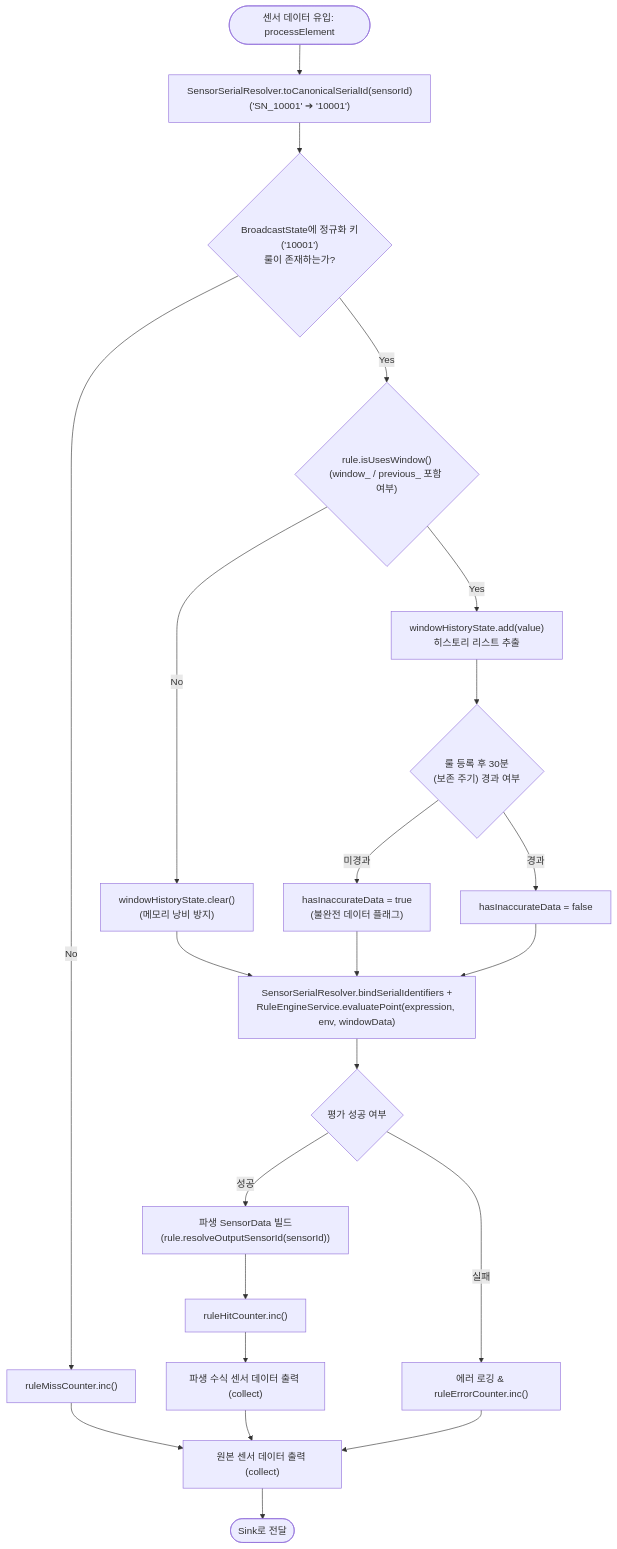
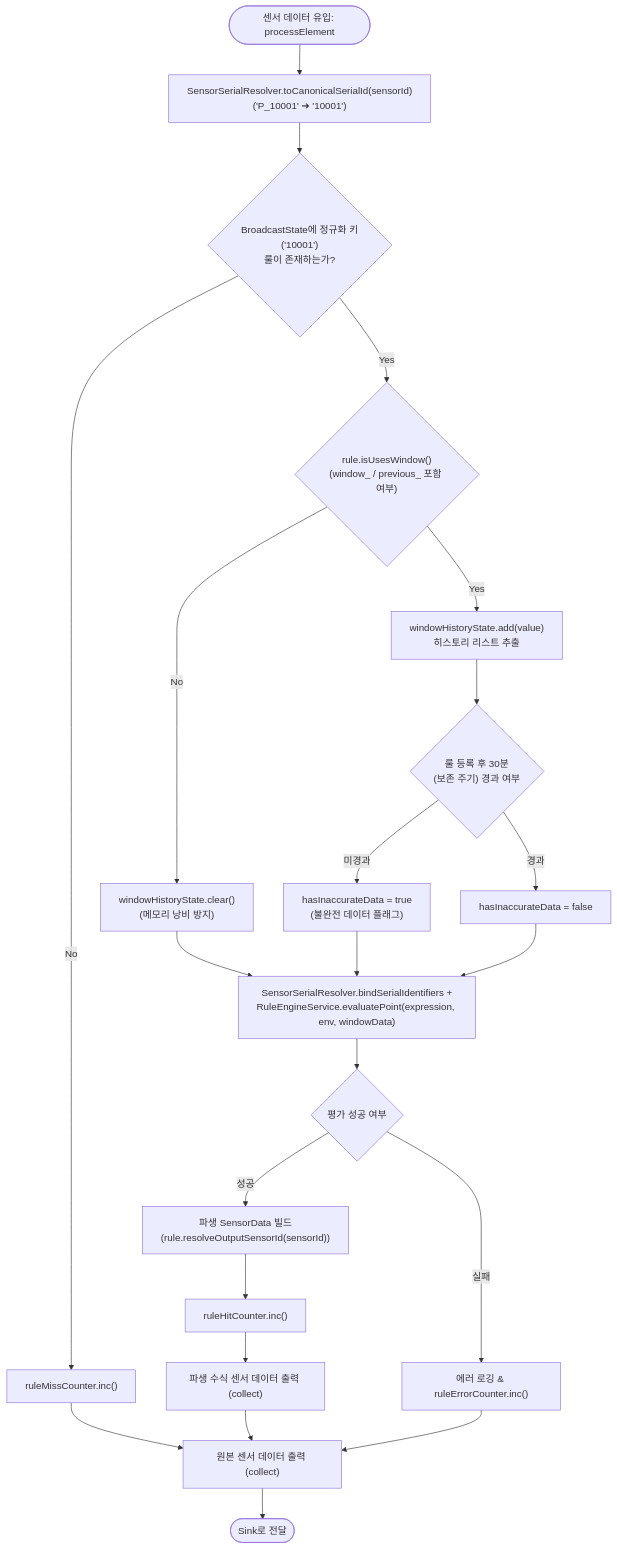
One commit to imoil/formula-evaluator-service changed the second of 2 diagrams in docs/STREAMING_EVALUATOR_GUIDE.md. Above: the diagram before and after it, drawn with Mermaid. The commit also changed other lines of this file and 27 other files, not shown here.

First line of the commit message:
refactor(formula): migrate sensor serial prefix from SN_ to P_ with backward compatibility

````diff
--- a/docs/STREAMING_EVALUATOR_GUIDE.md
+++ b/docs/STREAMING_EVALUATOR_GUIDE.md
@@ -97,32 +97,32 @@
 ```mermaid
 flowchart TD
-    Start(["센서 데이터 유입: processElement"]) --> Canonicalize["SensorSerialResolver.toCanonicalSerialId(sensorId)<br/>('SN_10001' ➔ '10001')"]
+    Start(["센서 데이터 유입: processElement"]) --> Canonicalize["SensorSerialResolver.toCanonicalSerialId(sensorId)<br/>('P_10001' ➔ '10001')"]
     Canonicalize --> CheckRule{"BroadcastState에 정규화 키('10001')<br/>룰이 존재하는가?"}
     
     CheckRule -->|No| IncMiss["ruleMissCounter.inc()"] --> EmitRaw["원본 센서 데이터 출력 (collect)"]
     
     CheckRule -->|Yes| CheckWindow{"rule.isUsesWindow()<br/>(window_ / previous_ 포함 여부)"}
     
     CheckWindow -->|Yes| UpdateHistory["windowHistoryState.add(value)<br/>히스토리 리스트 추출"]
     CheckWindow -->|No| ClearHistory["windowHistoryState.clear()<br/>(메모리 낭비 방지)"]
     
     UpdateHistory --> CheckTTL{"룰 등록 후 30분<br/>(보존 주기) 경과 여부"}
     CheckTTL -->|미경과| MarkInaccurate["hasInaccurateData = true<br/>(불완전 데이터 플래그)"]
     CheckTTL -->|경과| MarkAccurate["hasInaccurateData = false"]
     
     ClearHistory --> EvalStep
     MarkInaccurate --> EvalStep
     MarkAccurate --> EvalStep
     
     EvalStep["SensorSerialResolver.bindSerialIdentifiers +<br/>RuleEngineService.evaluatePoint(expression, env, windowData)"] --> CheckEval{"평가 성공 여부"}
     
     CheckEval -->|성공| MakeDerived["파생 SensorData 빌드<br/>(rule.resolveOutputSensorId(sensorId))"]
     MakeDerived --> IncHit["ruleHitCounter.inc()"]
     IncHit --> EmitDerived["파생 수식 센서 데이터 출력 (collect)"]
     
     CheckEval -->|실패| LogErr["에러 로깅 & ruleErrorCounter.inc()"]
     
     EmitDerived --> EmitRaw
     LogErr --> EmitRaw
     EmitRaw --> End([Sink로 전달])
 ```
````
